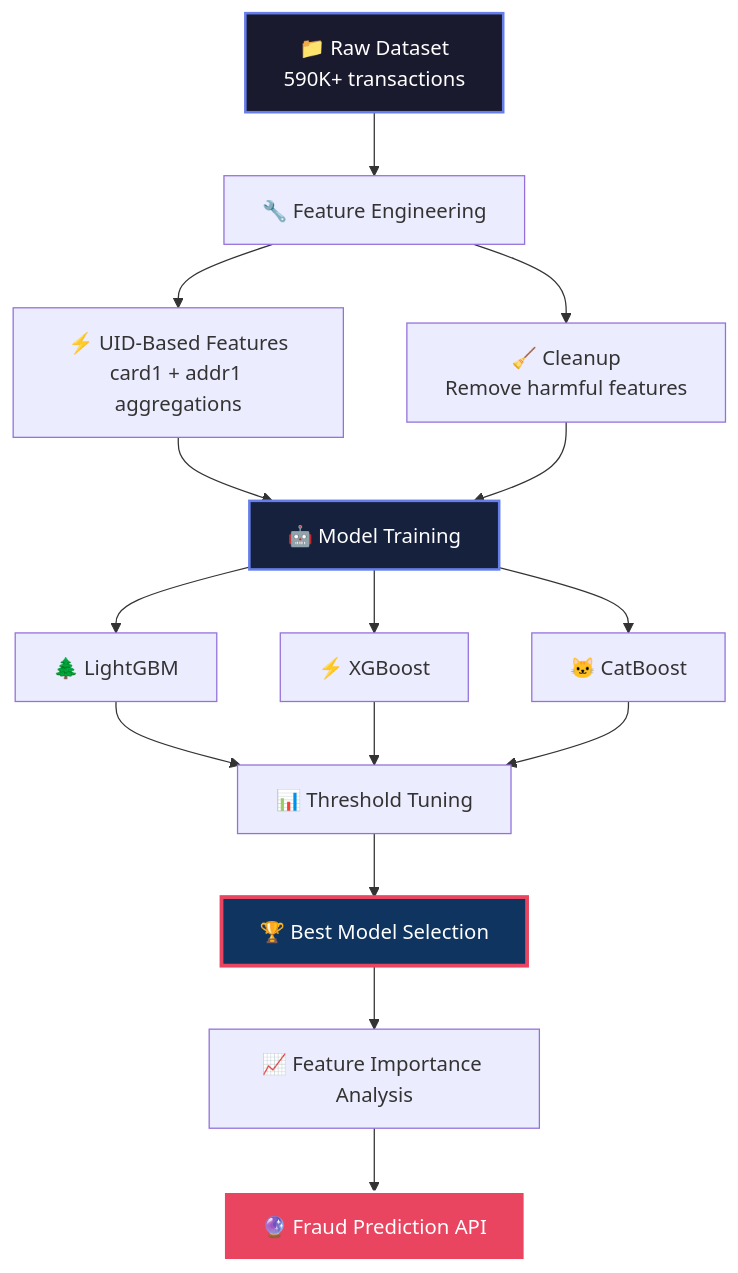
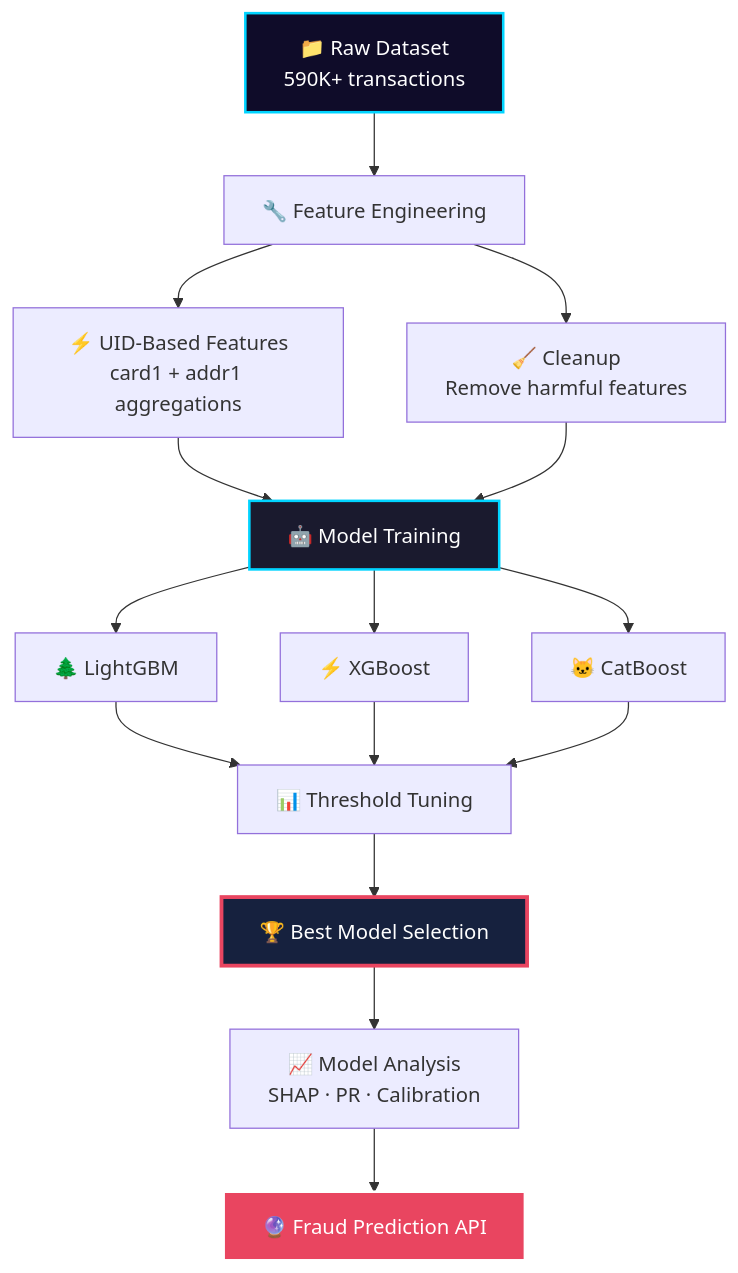
The diagram in README.md (moiz-sai/AI-Risk-System), drawn with Mermaid before and after one commit. The commit also changed other lines of this file and 1 other file, not shown here.

````diff
--- a/README.md
+++ b/README.md
@@ -78,22 +80,22 @@
 ```mermaid
 graph TD
     A[📁 Raw Dataset<br/>590K+ transactions] --> B[🔧 Feature Engineering]
     B --> C[⚡ UID-Based Features<br/>card1 + addr1 aggregations]
     B --> D[🧹 Cleanup<br/>Remove harmful features]
     C --> E[🤖 Model Training]
     D --> E
     E --> F[🌲 LightGBM]
     E --> G[⚡ XGBoost]
     E --> H[🐱 CatBoost]
     F --> I[📊 Threshold Tuning]
     G --> I
     H --> I
     I --> J[🏆 Best Model Selection]
-    J --> K[📈 Feature Importance Analysis]
+    J --> K[📈 Model Analysis<br/>SHAP · PR · Calibration]
     K --> L[🔮 Fraud Prediction API]
 
-    style A fill:#1a1a2e,stroke:#667eea,stroke-width:2px,color:#fff
-    style E fill:#16213e,stroke:#667eea,stroke-width:2px,color:#fff
-    style J fill:#0f3460,stroke:#e94560,stroke-width:3px,color:#fff
+    style A fill:#0f0c29,stroke:#00d4ff,stroke-width:2px,color:#fff
+    style E fill:#1a1a2e,stroke:#00d4ff,stroke-width:2px,color:#fff
+    style J fill:#16213e,stroke:#e94560,stroke-width:3px,color:#fff
     style L fill:#e94560,stroke:#fff,stroke-width:2px,color:#fff
 ```
````
